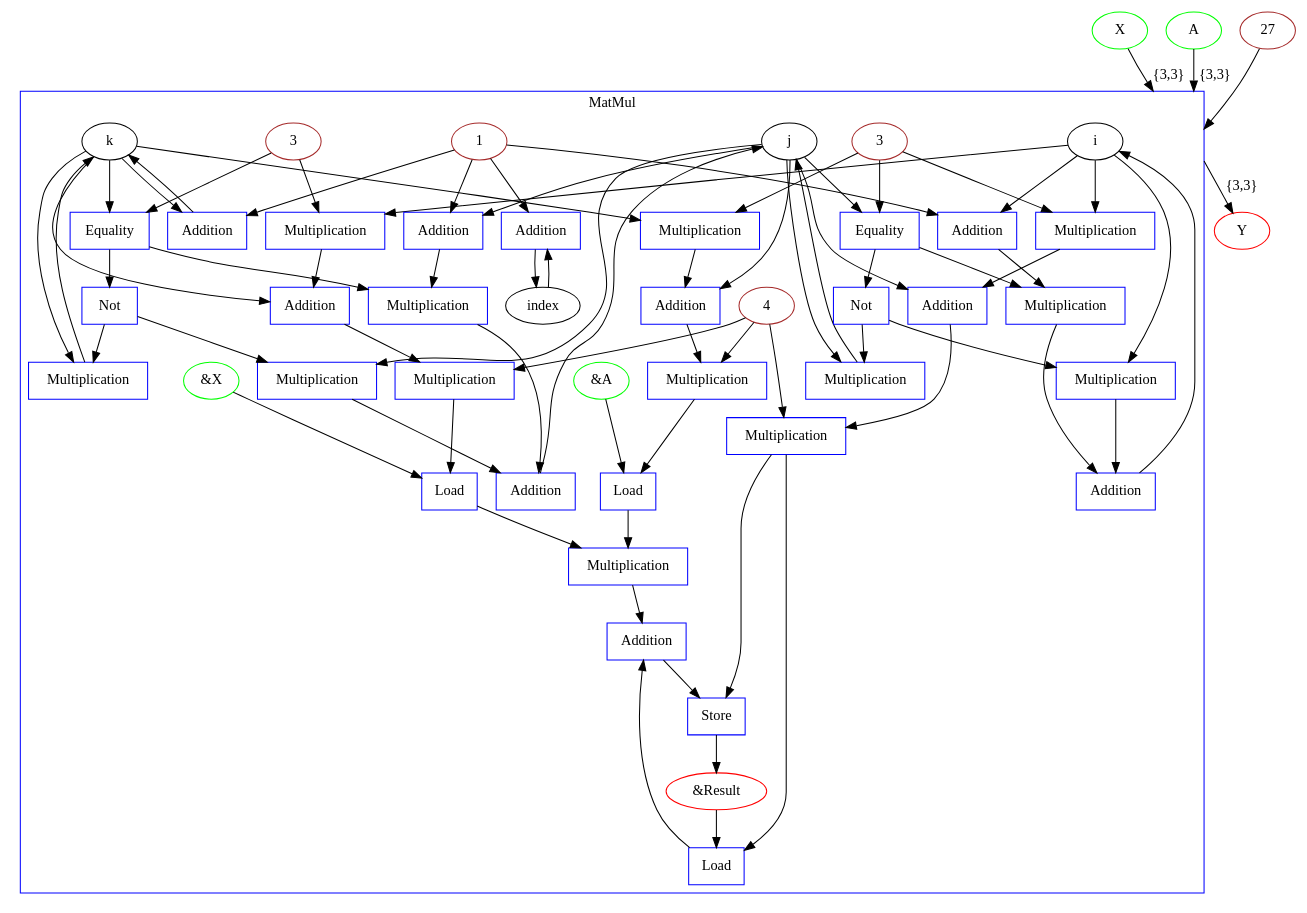
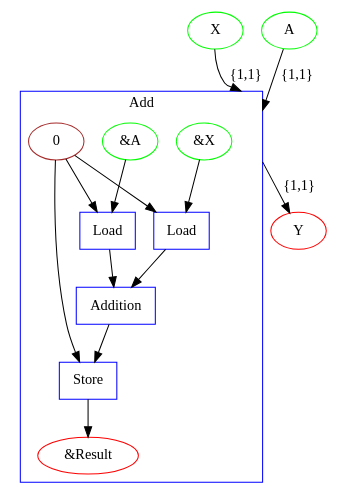
One commit to specs-feup/onnx-flow changed the diagram in graph.dot. Above: the diagram before and after it, drawn with Graphviz. The commit also changed 10 other files, not shown here.

```diff
--- a/graph.dot
+++ b/graph.dot
@@ -1,125 +1,31 @@
 digraph {
   graph [compound=true];
   X [label=X shape=ellipse color="#00FF00"];
   A [label=A shape=ellipse color="#00FF00"];
   Y [label=Y shape=ellipse color="#FF0000"];
   subgraph cluster_0 {
-    graph [label=MatMul shape=box color="#0000FF"];
+    graph [label=Add shape=box color="#0000FF"];
     0 [shape=point style=invis];
-    i_0 [label=i shape=ellipse];
-    j_0 [label=j shape=ellipse];
-    k_0 [label=k shape=ellipse];
-    "#columns1_0" [label=3 shape=ellipse color="#A52A2A"];
-    "#rows1_0" [label=3 shape=ellipse color="#A52A2A"];
-    displacementInMemory_0 [label=4 shape=ellipse color="#A52A2A"];
-    Multiplication0_0 [label=Multiplication shape=box color="#0000FF"];
-    Multiplication1_0 [label=Multiplication shape=box color="#0000FF"];
-    Index0_0 [label=Multiplication shape=box color="#0000FF"];
-    Index1_0 [label=Multiplication shape=box color="#0000FF"];
-    Addition0_0 [label=Addition shape=box color="#0000FF"];
-    Addition1_0 [label=Addition shape=box color="#0000FF"];
-    Multiplication5_0 [label=Multiplication shape=box color="#0000FF"];
-    IndexRes_0 [label=Multiplication shape=box color="#0000FF"];
-    Addition3_0 [label=Addition shape=box color="#0000FF"];
-    addToIndexNode_0 [label=1 shape=ellipse color="#A52A2A"];
-    Index_0 [label=index shape=ellipse];
     X_0 [label="&X" shape=ellipse color="#00FF00"];
     A_0 [label="&A" shape=ellipse color="#00FF00"];
-    MatMul_0 [label="&Result" shape=ellipse color="#FF0000"];
-    Multiplication4_0 [label=Multiplication shape=box color="#0000FF"];
-    Addition2_0 [label=Addition shape=box color="#0000FF"];
-    Addition8_0 [label=Addition shape=box color="#0000FF"];
-    Addition9_0 [label=Addition shape=box color="#0000FF"];
+    Add_0 [label="&Result" shape=ellipse color="#FF0000"];
     Load0_0 [label=Load shape=box color="#0000FF"];
     Load1_0 [label=Load shape=box color="#0000FF"];
-    Load2_0 [label=Load shape=box color="#0000FF"];
+    Addition_0 [label=Addition shape=box color="#0000FF"];
+    zero_offset_0 [label=0 shape=ellipse color="#A52A2A"];
     Store_0 [label=Store shape=box color="#0000FF"];
-    Addition4_0 [label=Addition shape=box color="#0000FF"];
-    Addition5_0 [label=Addition shape=box color="#0000FF"];
-    Addition6_0 [label=Addition shape=box color="#0000FF"];
-    Addition7_0 [label=Addition shape=box color="#0000FF"];
-    Multiplication7_0 [label=Multiplication shape=box color="#0000FF"];
-    Multiplication8_0 [label=Multiplication shape=box color="#0000FF"];
-    Multiplication9_0 [label=Multiplication shape=box color="#0000FF"];
-    Multiplication10_0 [label=Multiplication shape=box color="#0000FF"];
-    Multiplication11_0 [label=Multiplication shape=box color="#0000FF"];
-    Multiplication12_0 [label=Multiplication shape=box color="#0000FF"];
-    Equality0_0 [label=Equality shape=box color="#0000FF"];
-    Equality1_0 [label=Equality shape=box color="#0000FF"];
-    Not0_0 [label=Not shape=box color="#0000FF"];
-    Not1_0 [label=Not shape=box color="#0000FF"];
   }
 
-  Loop_iterations_0 [label=27 shape=ellipse color="#A52A2A"];
-  X -> 0 [label="{3,3}" lhead=cluster_0];
-  A -> 0 [label="{3,3}" lhead=cluster_0];
-  0 -> Y [label="{3,3}" ltail=cluster_0];
-  Loop_iterations_0 -> 0 [lhead=cluster_0];
-  i_0 -> Multiplication0_0;
-  "#rows1_0" -> Multiplication0_0;
-  k_0 -> Multiplication1_0;
-  "#columns1_0" -> Multiplication1_0;
-  Multiplication0_0 -> Addition0_0;
-  k_0 -> Addition0_0;
-  Multiplication1_0 -> Addition1_0;
-  j_0 -> Addition1_0;
-  Addition0_0 -> Index0_0;
-  displacementInMemory_0 -> Index0_0;
-  Addition1_0 -> Index1_0;
-  displacementInMemory_0 -> Index1_0;
-  i_0 -> Multiplication5_0;
-  "#columns1_0" -> Multiplication5_0;
-  j_0 -> Addition3_0;
-  Multiplication5_0 -> Addition3_0;
-  Addition3_0 -> IndexRes_0;
-  displacementInMemory_0 -> IndexRes_0;
+  X -> 0 [label="{1,1}" lhead=cluster_0];
+  A -> 0 [label="{1,1}" lhead=cluster_0];
+  0 -> Y [label="{1,1}" ltail=cluster_0];
   X_0 -> Load0_0;
-  Index0_0 -> Load0_0;
+  zero_offset_0 -> Load0_0;
   A_0 -> Load1_0;
-  Index1_0 -> Load1_0;
-  Load0_0 -> Multiplication4_0;
-  Load1_0 -> Multiplication4_0;
-  MatMul_0 -> Load2_0;
-  IndexRes_0 -> Load2_0;
-  Load2_0 -> Addition2_0;
-  Multiplication4_0 -> Addition2_0;
-  IndexRes_0 -> Store_0;
-  Addition2_0 -> Store_0;
-  Store_0 -> MatMul_0;
-  Index_0 -> Addition8_0;
-  addToIndexNode_0 -> Addition8_0;
-  Addition8_0 -> Index_0;
-  k_0 -> Addition9_0;
-  addToIndexNode_0 -> Addition9_0;
-  Addition9_0 -> k_0;
-  k_0 -> Equality0_0;
-  "#rows1_0" -> Equality0_0;
-  addToIndexNode_0 -> Addition4_0;
-  j_0 -> Addition4_0;
-  Equality0_0 -> Multiplication7_0;
-  Addition4_0 -> Multiplication7_0;
-  Equality0_0 -> Not0_0;
-  Not0_0 -> Multiplication8_0;
-  j_0 -> Multiplication8_0;
-  Multiplication7_0 -> Addition5_0;
-  Multiplication8_0 -> Addition5_0;
-  Addition5_0 -> j_0;
-  Not0_0 -> Multiplication9_0;
-  k_0 -> Multiplication9_0;
-  Multiplication9_0 -> k_0;
-  j_0 -> Equality1_0;
-  "#columns1_0" -> Equality1_0;
-  i_0 -> Addition6_0;
-  addToIndexNode_0 -> Addition6_0;
-  Equality1_0 -> Multiplication10_0;
-  Addition6_0 -> Multiplication10_0;
-  Equality1_0 -> Not1_0;
-  Not1_0 -> Multiplication11_0;
-  i_0 -> Multiplication11_0;
-  Multiplication10_0 -> Addition7_0;
-  Multiplication11_0 -> Addition7_0;
-  Addition7_0 -> i_0;
-  Not1_0 -> Multiplication12_0;
-  j_0 -> Multiplication12_0;
-  Multiplication12_0 -> j_0;
+  zero_offset_0 -> Load1_0;
+  Load0_0 -> Addition_0;
+  Load1_0 -> Addition_0;
+  zero_offset_0 -> Store_0;
+  Addition_0 -> Store_0;
+  Store_0 -> Add_0;
 }
```
